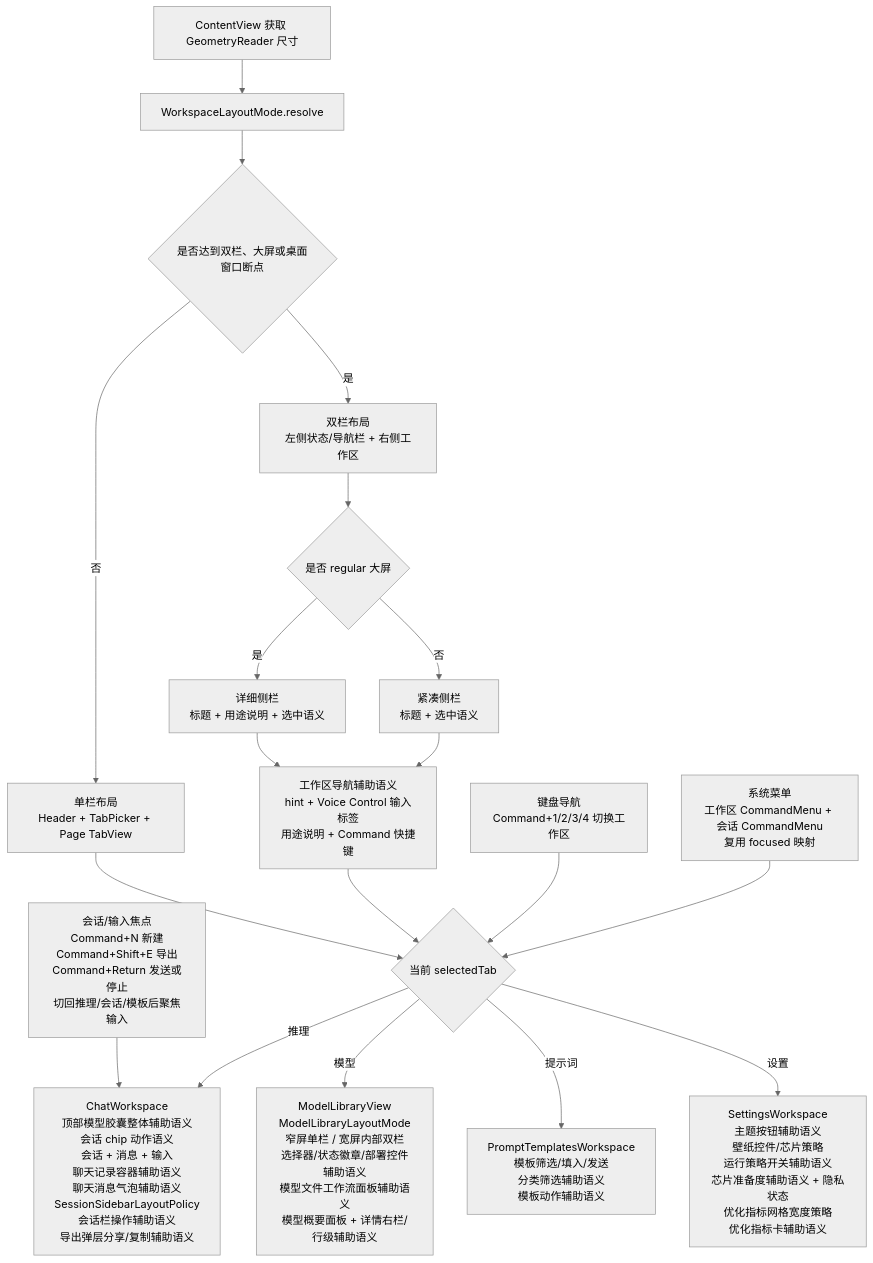
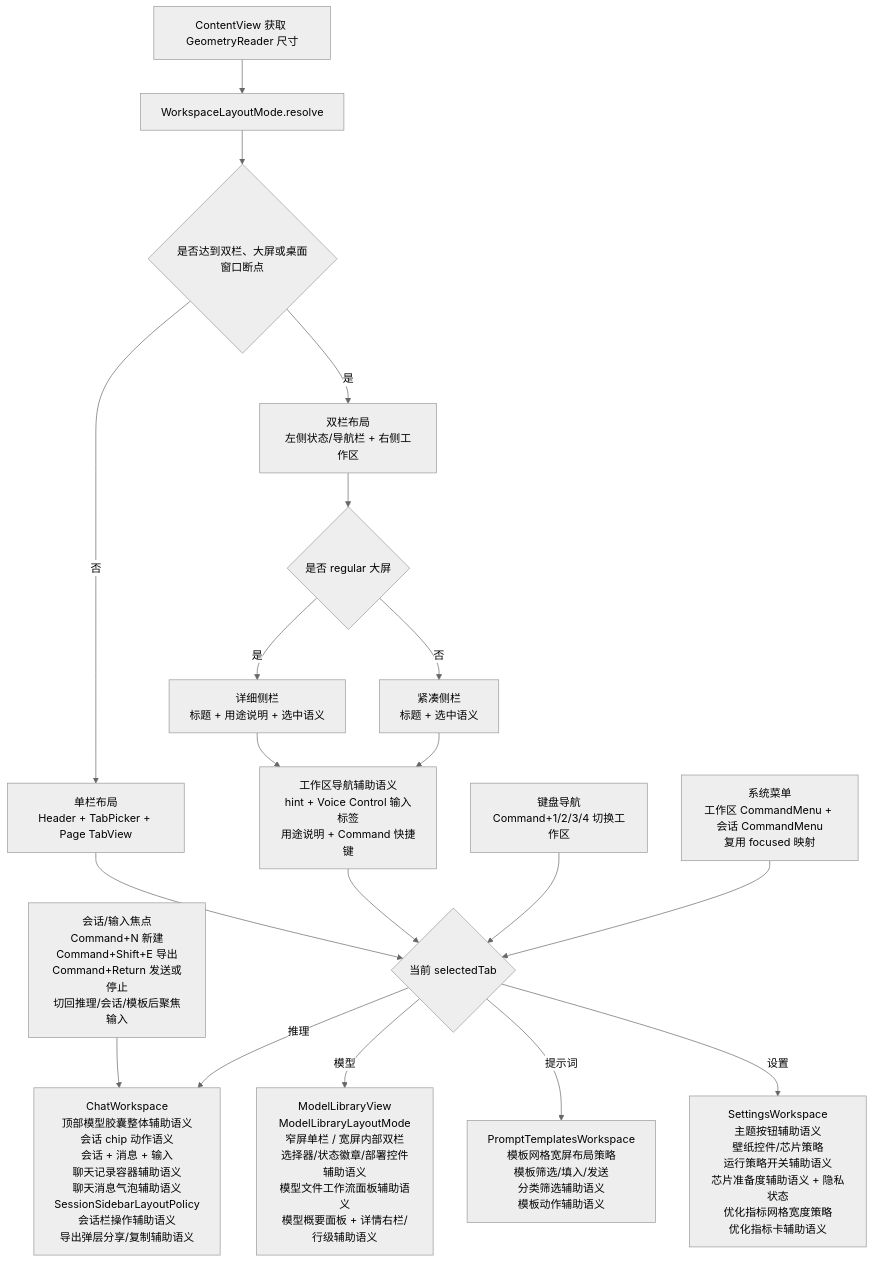
The fourth of 9 diagrams in md/flow/flowchart.md (Altman-sam114/113), drawn with Mermaid (neutral theme) before and after one commit. The commit also changed other lines of this file and 8 other files, not shown here.

````diff
--- a/md/flow/flowchart.md
+++ b/md/flow/flowchart.md
@@ -68,21 +68,21 @@
 ```mermaid
 flowchart TD
     A[ContentView 获取 GeometryReader 尺寸] --> B[WorkspaceLayoutMode.resolve]
     B --> C{是否达到双栏、大屏或桌面窗口断点}
     C -- 否 --> D[单栏布局<br/>Header + TabPicker + Page TabView]
     C -- 是 --> E[双栏布局<br/>左侧状态/导航栏 + 右侧工作区]
     E --> N{是否 regular 大屏}
     N -- 是 --> O[详细侧栏<br/>标题 + 用途说明 + 选中语义]
     N -- 否 --> P[紧凑侧栏<br/>标题 + 选中语义]
     D --> F{当前 selectedTab}
     O --> X[工作区导航辅助语义<br/>hint + Voice Control 输入标签<br/>用途说明 + Command 快捷键]
     P --> X
     X --> F
     K[键盘导航<br/>Command+1/2/3/4 切换工作区] --> F
     M[系统菜单<br/>工作区 CommandMenu + 会话 CommandMenu<br/>复用 focused 映射] --> F
     L[会话/输入焦点<br/>Command+N 新建<br/>Command+Shift+E 导出<br/>Command+Return 发送或停止<br/>切回推理/会话/模板后聚焦输入] --> G
     F -- 推理 --> G[ChatWorkspace<br/>顶部模型胶囊整体辅助语义<br/>会话 chip 动作语义<br/>会话 + 消息 + 输入<br/>聊天记录容器辅助语义<br/>聊天消息气泡辅助语义<br/>SessionSidebarLayoutPolicy<br/>会话栏操作辅助语义<br/>导出弹层分享/复制辅助语义]
     F -- 模型 --> H[ModelLibraryView<br/>ModelLibraryLayoutMode<br/>窄屏单栏 / 宽屏内部双栏<br/>选择器/状态徽章/部署控件辅助语义<br/>模型文件工作流面板辅助语义<br/>模型概要面板 + 详情右栏/行级辅助语义]
-    F -- 提示词 --> I[PromptTemplatesWorkspace<br/>模板筛选/填入/发送<br/>分类筛选辅助语义<br/>模板动作辅助语义]
+    F -- 提示词 --> I[PromptTemplatesWorkspace<br/>模板网格宽屏布局策略<br/>模板筛选/填入/发送<br/>分类筛选辅助语义<br/>模板动作辅助语义]
     F -- 设置 --> J[SettingsWorkspace<br/>主题按钮辅助语义<br/>壁纸控件/芯片策略<br/>运行策略开关辅助语义<br/>芯片准备度辅助语义 + 隐私状态<br/>优化指标网格宽度策略<br/>优化指标卡辅助语义]
 ```
````
